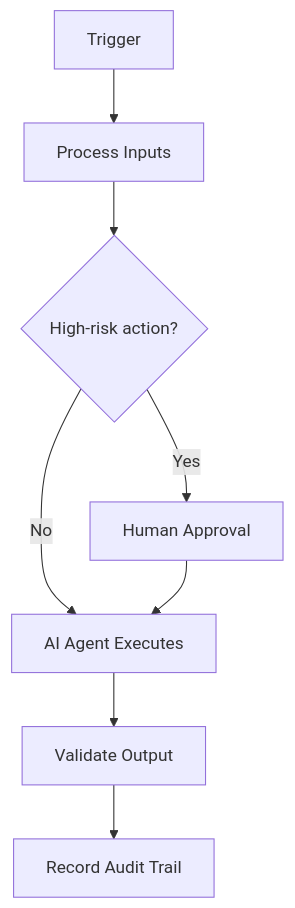
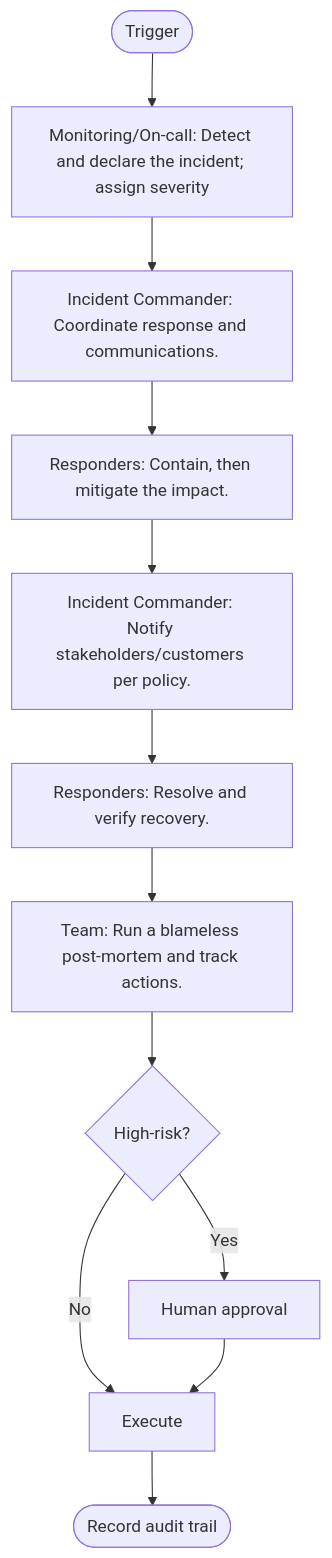
The diagram in 02_ARTEFACTS/PHASE_08_PLAYBOOKS/Engineering/04_INCIDENT_RESPONSE_PLAYBOOK.md (mypsbots/AI-Business-Operating-System), drawn with Mermaid before and after one commit. The commit also changed other lines of this file and 131 other files, not shown here.

````diff
--- a/02_ARTEFACTS/PHASE_08_PLAYBOOKS/Engineering/04_INCIDENT_RESPONSE_PLAYBOOK.md
+++ b/02_ARTEFACTS/PHASE_08_PLAYBOOKS/Engineering/04_INCIDENT_RESPONSE_PLAYBOOK.md
@@ -82,10 +95,19 @@
 ```mermaid
 flowchart TD
-    A[Trigger] --> B[Process Inputs]
-    B --> C{High-risk action?}
-    C -->|Yes| D[Human Approval]
-    C -->|No| E[AI Agent Executes]
-    D --> E
-    E --> F[Validate Output]
-    F --> G[Record Audit Trail]
+    S([Trigger]) --> A0
+    A0["Monitoring/On-call: Detect and declare the incident; assign severity"]
+    A1["Incident Commander: Coordinate response and communications."]
+    A0 --> A1
+    A2["Responders: Contain, then mitigate the impact."]
+    A1 --> A2
+    A3["Incident Commander: Notify stakeholders/customers per policy."]
+    A2 --> A3
+    A4["Responders: Resolve and verify recovery."]
+    A3 --> A4
+    A5["Team: Run a blameless post-mortem and track actions."]
+    A4 --> A5
+    A5 --> D{High-risk?}
+    D -->|Yes| H[Human approval]
+    D -->|No| E[Execute]
+    H --> E --> R([Record audit trail])
 ```
````
